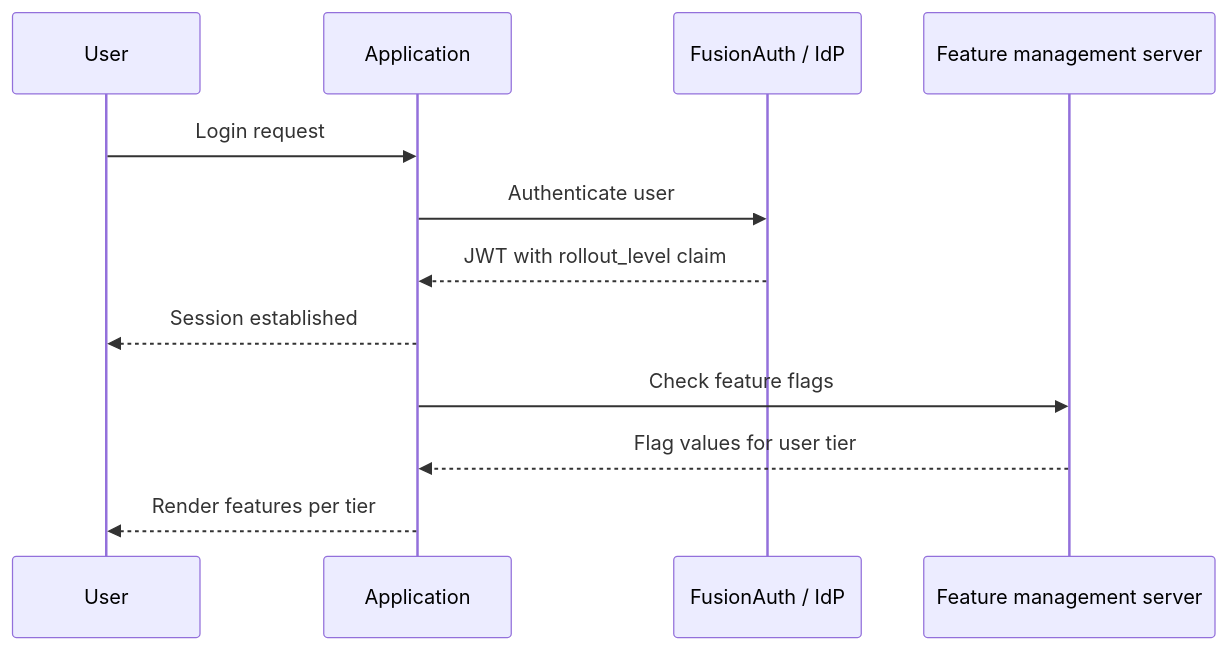
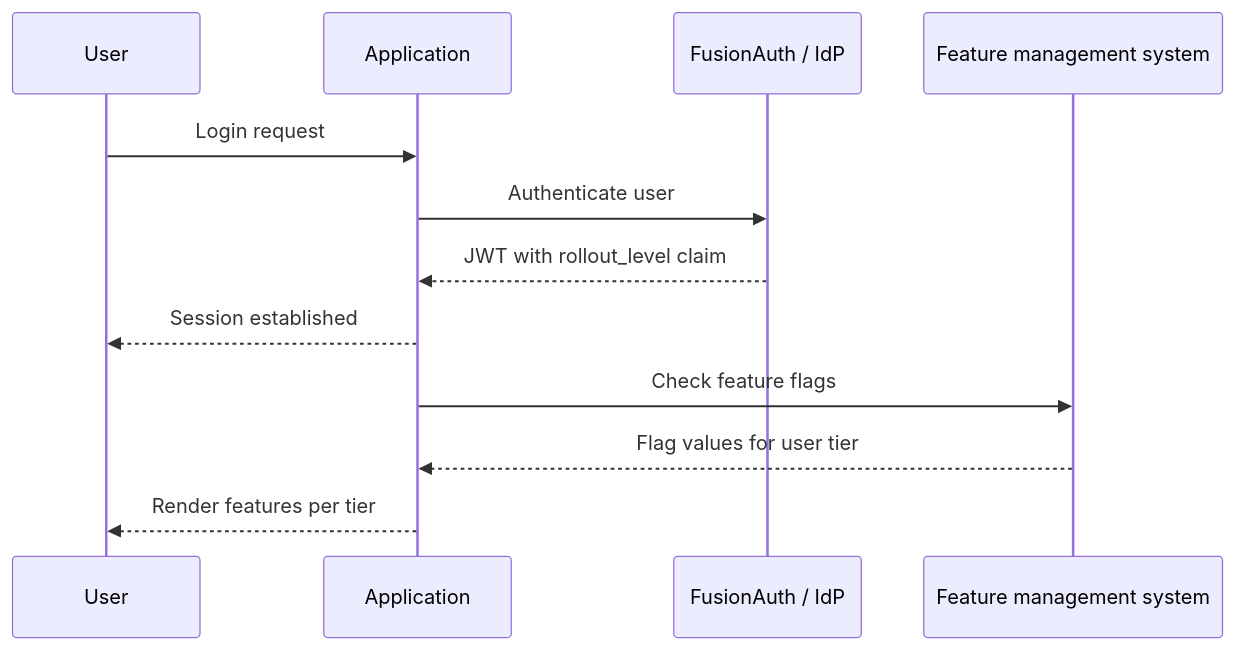
The diagram in astro/src/content/blog/progressive-delivery.mdx (FusionAuth/fusionauth-site), drawn with Mermaid before and after one commit. The commit also changed other lines of this file, not shown here.

````diff
--- a/astro/src/content/blog/progressive-delivery.mdx
+++ b/astro/src/content/blog/progressive-delivery.mdx
@@ -32,15 +32,15 @@
 ```mermaid title="Progressive delivery interactions."
 sequenceDiagram
   participant U as User
   participant A as Application
   participant F as FusionAuth / IdP
-  participant FM as Feature management server
+  participant FM as Feature management system
 
   U->>A: Login request
   A->>F: Authenticate user
   F-->>A: JWT with rollout_level claim
   A-->>U: Session established
   A->>FM: Check feature flags
   FM-->>A: Flag values for user tier
   A-->>U: Render features per tier
 ```
````
